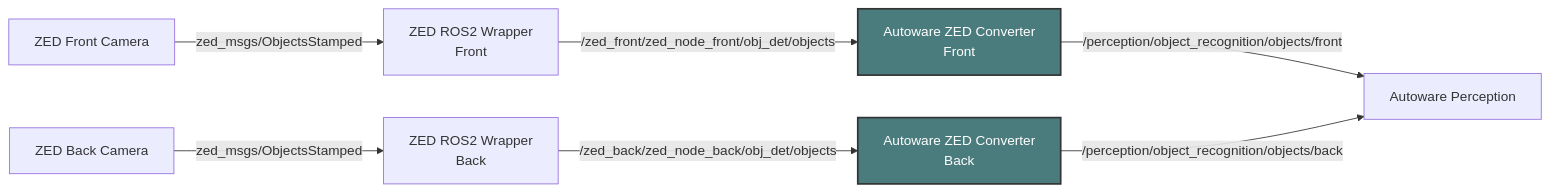
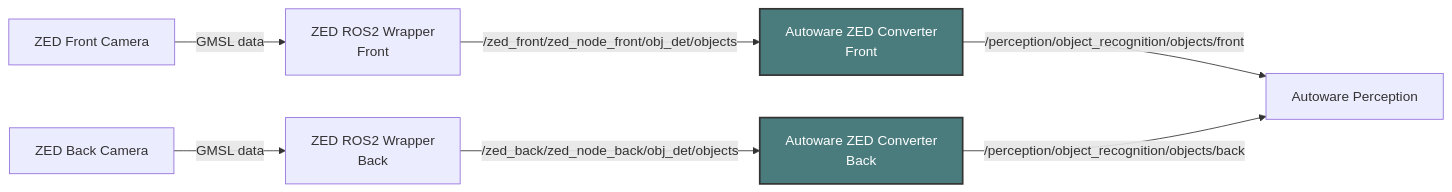
One commit to NEWSLabNTU/autoware_zed changed the second of 2 diagrams in README.md. Above: the diagram before and after it, drawn with Mermaid. The commit also changed other lines of this file, not shown here.

Commit message:
Correct an typo in architecture graph in README.md

````diff
--- a/README.md
+++ b/README.md
@@ -22,14 +22,14 @@
 ```mermaid
 graph LR
-    A1[ZED Front Camera] -->|zed_msgs/ObjectsStamped| B1[ZED ROS2 Wrapper<br>Front]
-    A2[ZED Back Camera] -->|zed_msgs/ObjectsStamped| B2[ZED ROS2 Wrapper<br>Back]
+    A1[ZED Front Camera] -->|GMSL data| B1[ZED ROS2 Wrapper<br>Front]
+    A2[ZED Back Camera] -->|GMSL data| B2[ZED ROS2 Wrapper<br>Back]
 
     B1 -->|/zed_front/zed_node_front/obj_det/objects| C1[Autoware ZED Converter<br>Front]
     B2 -->|/zed_back/zed_node_back/obj_det/objects| C2[Autoware ZED Converter<br>Back]
 
     C1 -->|/perception/object_recognition/objects/front| D[Autoware Perception]
     C2 -->|/perception/object_recognition/objects/back| D
 
     style C1 fill:#4a7c7e,stroke:#333,stroke-width:2px,color:#fff
     style C2 fill:#4a7c7e,stroke:#333,stroke-width:2px,color:#fff
 ```
````
